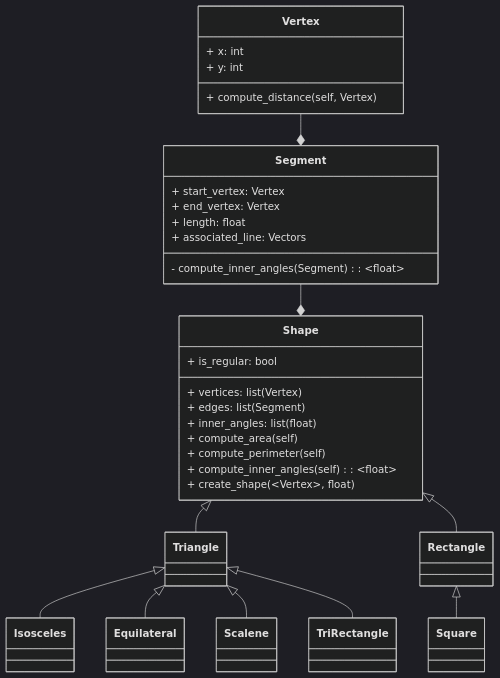
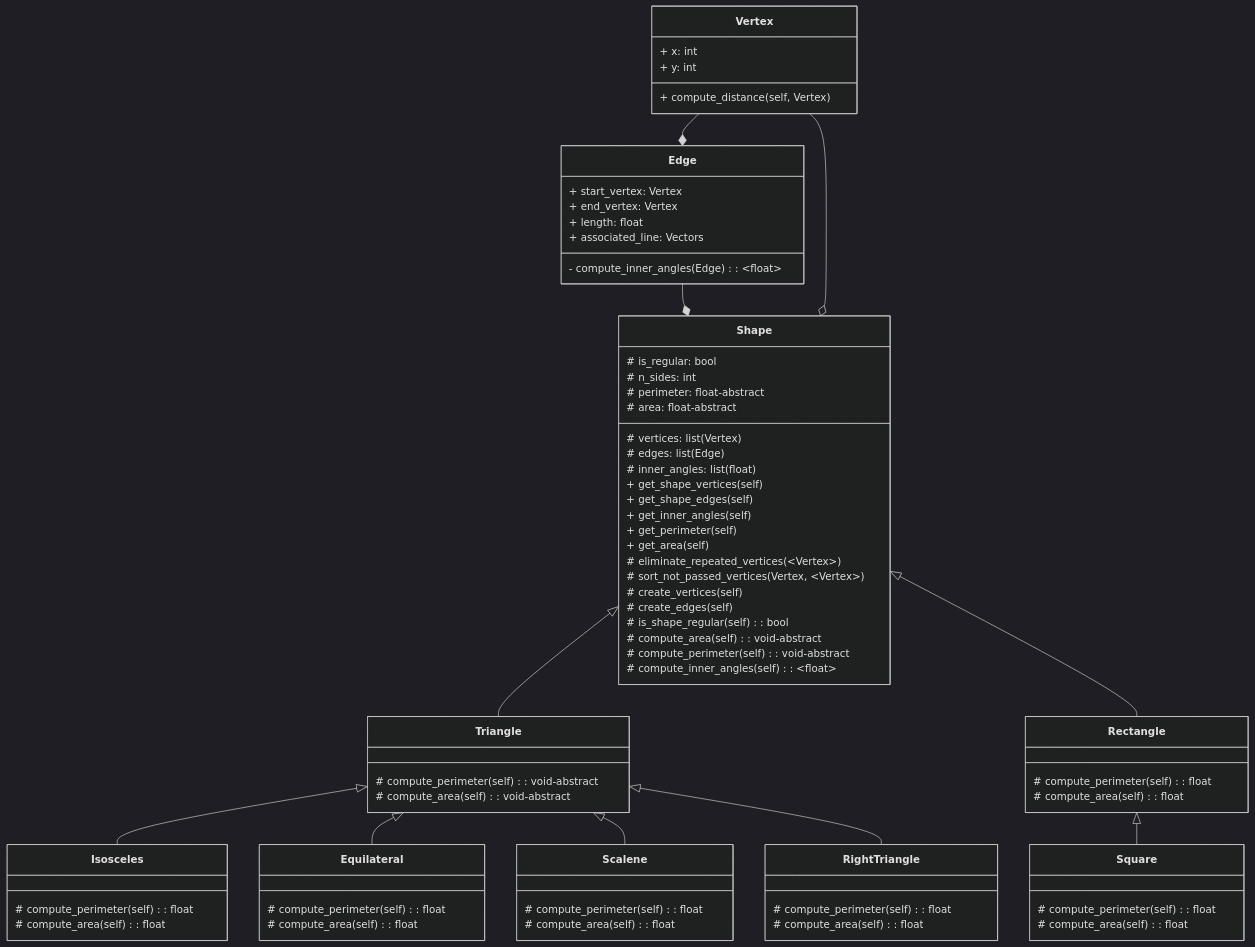
The diagram in README.md (Unbo10/OOP_reto_04), drawn with Mermaid (dark theme) before and after one commit. The commit also changed 1 other file, not shown here.

Commit message:
All classes set. Missing a failure with a rectangle when calling the create_vertices method. Must check with a square too and design the user interface

````diff
--- a/README.md
+++ b/README.md
@@ -11,54 +11,82 @@
         + compute_distance(self, Vertex)
     }
 
-    class Segment {
+    class Edge {
         + start_vertex: Vertex
         + end_vertex: Vertex
         + length: float
         + associated_line: Vectors
-        - compute_inner_angles(Segment): ~float~
+        - compute_inner_angles(Edge): ~float~
     }
-    Segment *-- Vertex
+    Edge *-- Vertex
 
     class Shape {
-        + vertices: list(Vertex)
-        + edges: list(Segment)
-        + inner_angles: list(float)
-        + is_regular: bool
-        + compute_area(self)
-        + compute_perimeter(self)
-        + compute_inner_angles(self) : ~float~
-        + create_shape(~Vertex~, float)
+        # is_regular: bool
+        # n_sides: int
+        # vertices: list(Vertex)
+        # edges: list(Edge)
+        # inner_angles: list(float)
+        # perimeter: float-abstract
+        # area: float-abstract
+        + get_shape_vertices(self)
+        + get_shape_edges(self)
+        + get_inner_angles(self)
+        + get_perimeter(self)
+        + get_area(self)
+        # eliminate_repeated_vertices(~Vertex~)
+        # sort_not_passed_vertices(Vertex, ~Vertex~)
+        # create_vertices(self)
+        # create_edges(self)
+
+        # is_shape_regular(self): bool
+        # compute_area(self): void-abstract
+        # compute_perimeter(self): void-abstract
+        # compute_inner_angles(self) : ~float~
     }
 
-    Shape *-- Segment 
+    Shape *-- Edge
+    Shape o-- Vertex
     Triangle --|> Shape
     Rectangle --|> Shape
 
     class Triangle {
+        # compute_perimeter(self): void-abstract
+        # compute_area(self): void-abstract
     }
     Isosceles --|> Triangle
     Equilateral --|> Triangle
     Scalene --|> Triangle
-    TriRectangle --|> Triangle
+    RightTriangle --|> Triangle
 
 
     class Isosceles{
+        # compute_perimeter(self): float
+        # compute_area(self): float
     }
 
     class Equilateral{
+        # compute_perimeter(self): float
+        # compute_area(self): float
     }
 
     class Scalene{
+        # compute_perimeter(self): float
+        # compute_area(self): float
     }
 
-    class TriRectangle{
+    class RightTriangle{
+        # compute_perimeter(self): float
+        # compute_area(self): float
     }
 
     class Rectangle{
+        # compute_perimeter(self): float
+        # compute_area(self): float
     }
     Square --|> Rectangle
 
     class Square{
+        # compute_perimeter(self): float
+        # compute_area(self): float
     }
 ```
````
